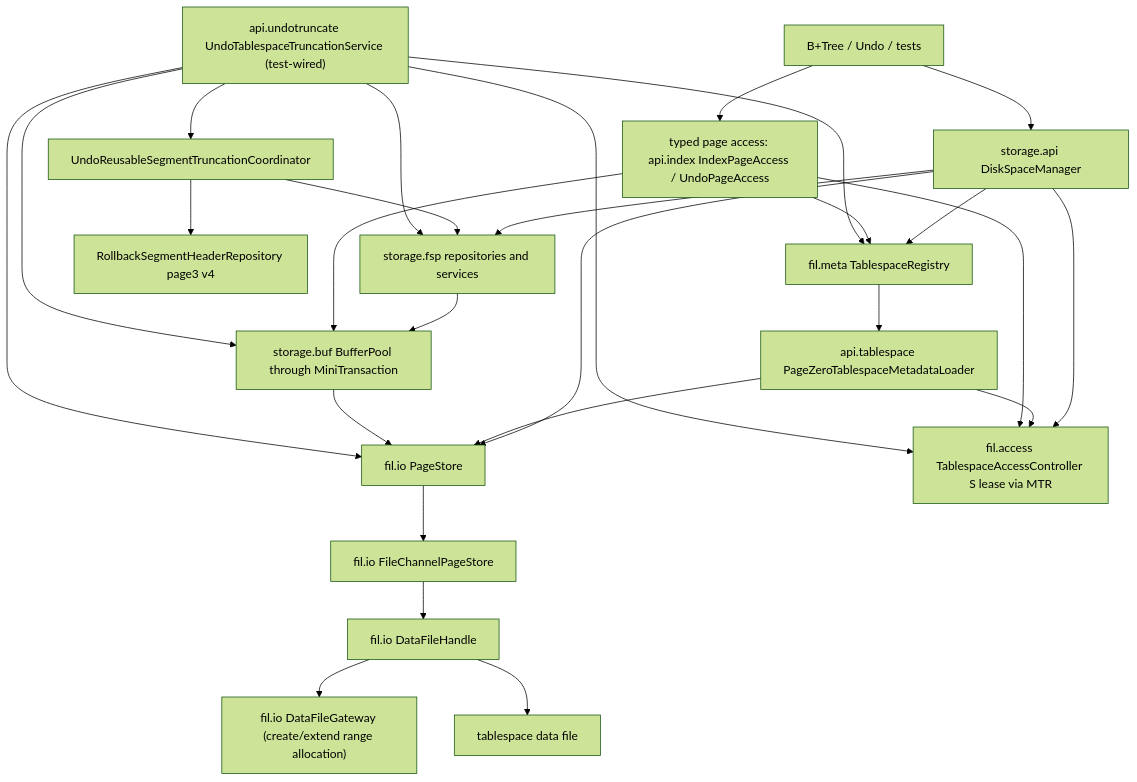
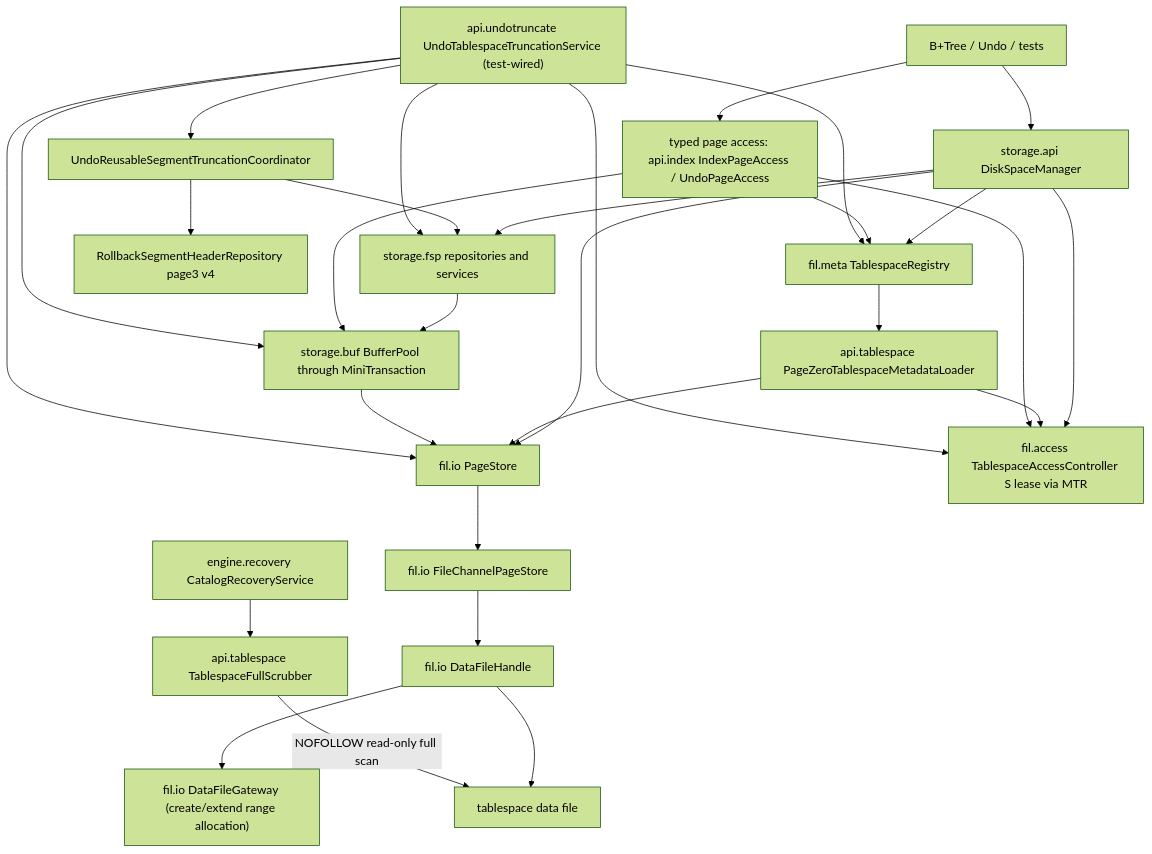
One commit to mywnlb/dbtest changed the first of 11 diagrams in docs/design/current-implementation-map.md. Above: the diagram before and after it, drawn with Mermaid (forest theme). The commit also changed other lines of this file and 51 other files, not shown here.

Commit message:
feat(database): complete catalog loss recovery

````diff
--- a/docs/design/current-implementation-map.md
+++ b/docs/design/current-implementation-map.md
@@ -17,32 +17,35 @@
 ```mermaid
 flowchart TD
   Upper["B+Tree / Undo / tests"] --> DSM["storage.api DiskSpaceManager"]
   Upper --> PageAccess["typed page access: api.index IndexPageAccess / UndoPageAccess"]
 
   DSM --> FSP["storage.fsp repositories and services"]
   DSM --> Store["fil.io PageStore"]
   DSM --> Registry["fil.meta TablespaceRegistry"]
   DSM --> Access["fil.access TablespaceAccessController S lease via MTR"]
   Registry --> Loader["api.tablespace PageZeroTablespaceMetadataLoader"]
   Loader --> Access
   Loader --> Store
   FSP --> BP["storage.buf BufferPool through MiniTransaction"]
   PageAccess --> BP
   PageAccess --> Access
   PageAccess --> Registry
   BP --> Store
   Store --> ChannelStore["fil.io FileChannelPageStore"]
   ChannelStore --> Handle["fil.io DataFileHandle"]
   Handle --> Gateway["fil.io DataFileGateway (create/extend range allocation)"]
   Handle --> DataFile["tablespace data file"]
 
+  OfflineRecovery["engine.recovery CatalogRecoveryService"] --> Scrubber["api.tablespace TablespaceFullScrubber"]
+  Scrubber -->|"NOFOLLOW read-only full scan"| DataFile
+
   Truncate["api.undotruncate UndoTablespaceTruncationService (test-wired)"] --> Access
   Truncate --> UndoCache["UndoReusableSegmentTruncationCoordinator"]
   UndoCache --> RsegPage3["RollbackSegmentHeaderRepository page3 v4"]
   UndoCache --> FSP
   Truncate --> Registry
   Truncate --> FSP
   Truncate --> BP
   Truncate --> Store
 
 ```
````
